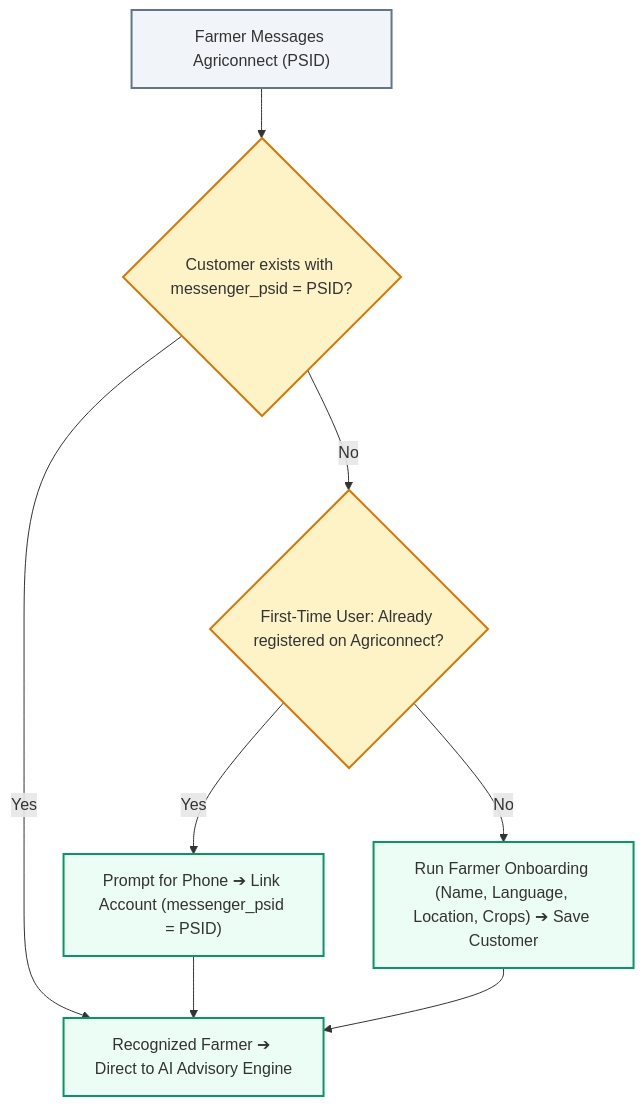
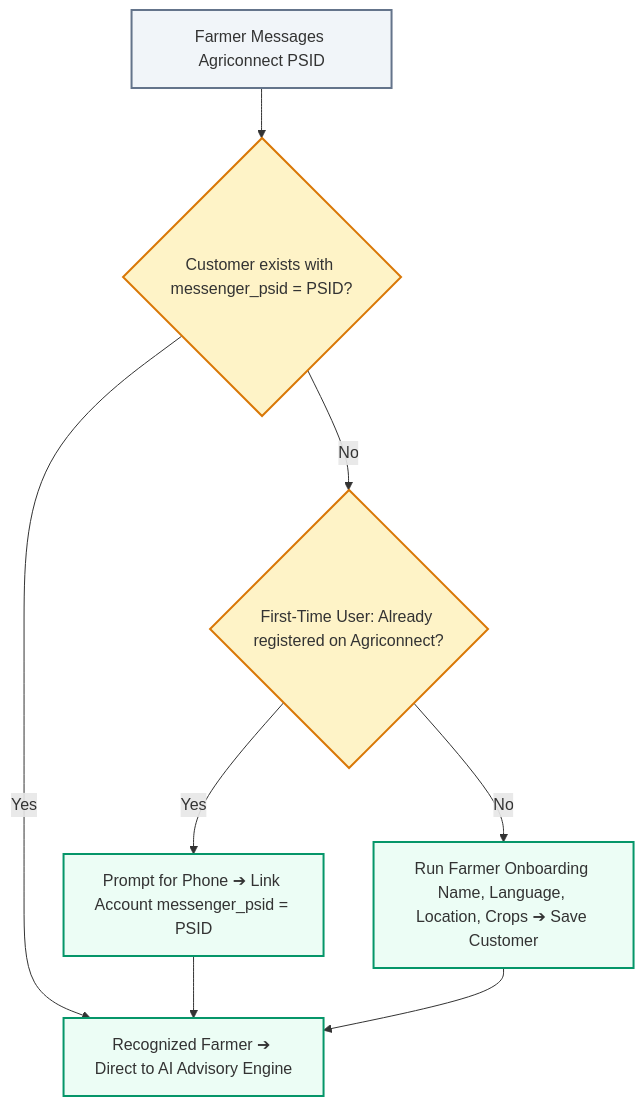
Before and after one commit to akvo/nbd-phase-1: the fourth of 4 diagrams in docs/features/009_facebook_messenger_chatbot_pipeline_spec.md, drawn with Mermaid. The commit also changed other lines of this file and 1 other file, not shown here.

Commit message:
[#170] fix(docs): harden mermaid syntax and quote subgraph titles for github renderer

````diff
--- a/docs/features/009_facebook_messenger_chatbot_pipeline_spec.md
+++ b/docs/features/009_facebook_messenger_chatbot_pipeline_spec.md
@@ -149,14 +149,14 @@
 ```mermaid
 flowchart TD
     classDef start fill:#f1f5f9,stroke:#64748b,stroke-width:2px;
     classDef decision fill:#fef3c7,stroke:#d97706,stroke-width:2px;
     classDef process fill:#ecfdf5,stroke:#059669,stroke-width:2px;
 
-    Start["Farmer Messages Agriconnect (PSID)"]:::start --> CheckDB{"Customer exists with messenger_psid = PSID?"}:::decision
+    Start["Farmer Messages Agriconnect PSID"]:::start --> CheckDB{"Customer exists with messenger_psid = PSID?"}:::decision
     CheckDB -->|Yes| Recognized["Recognized Farmer ➔ Direct to AI Advisory Engine"]:::process
     CheckDB -->|No| AskLinking{"First-Time User: Already registered on Agriconnect?"}:::decision
-    AskLinking -->|Yes| PromptPhone["Prompt for Phone ➔ Link Account (messenger_psid = PSID)"]:::process
-    AskLinking -->|No| Onboard["Run Farmer Onboarding (Name, Language, Location, Crops) ➔ Save Customer"]:::process
+    AskLinking -->|Yes| PromptPhone["Prompt for Phone ➔ Link Account messenger_psid = PSID"]:::process
+    AskLinking -->|No| Onboard["Run Farmer Onboarding Name, Language, Location, Crops ➔ Save Customer"]:::process
     PromptPhone --> Recognized
     Onboard --> Recognized
 ```
````
